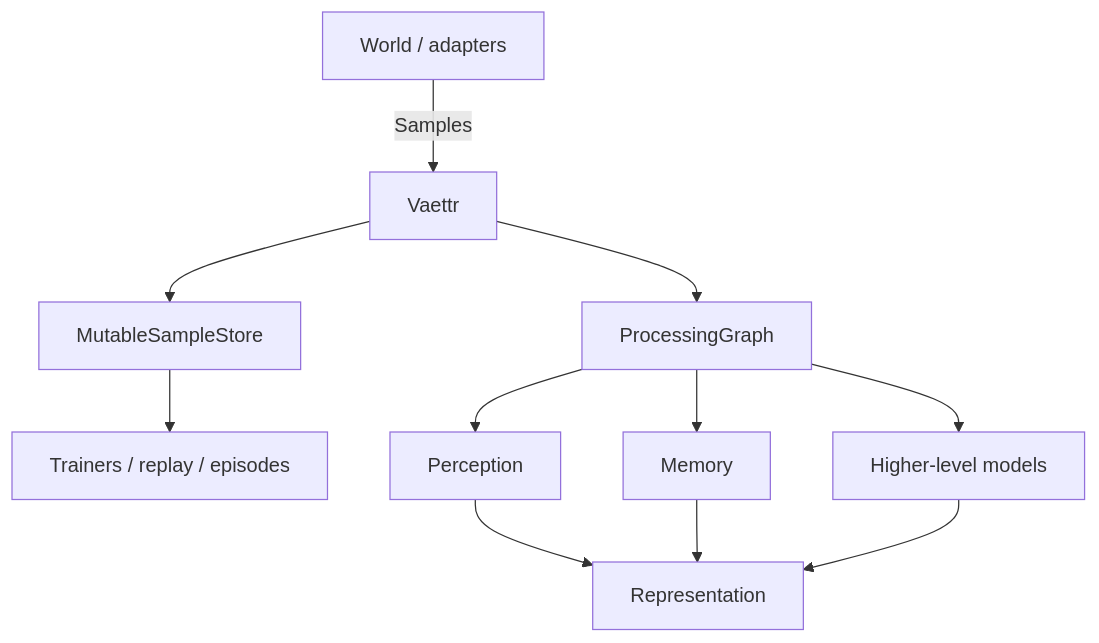
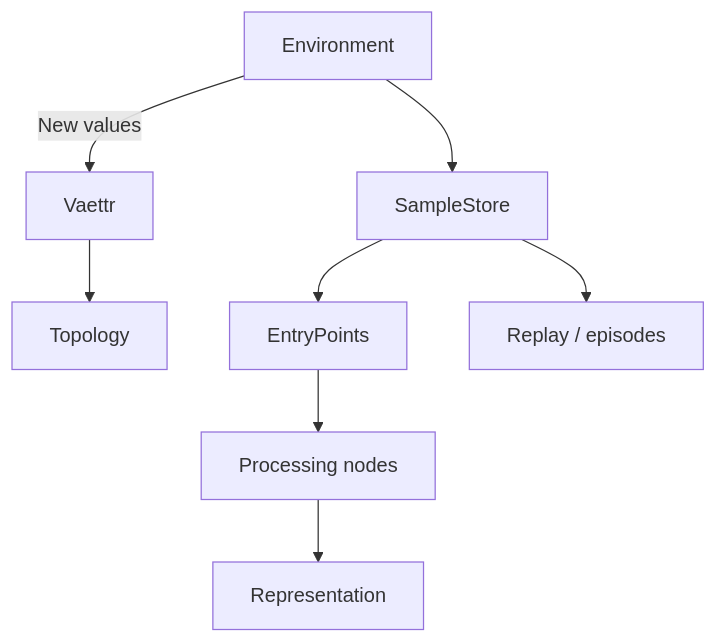
The first of 2 diagrams in docs/sensory-representation.md (skasti/skyn-vaettr), drawn with Mermaid before and after one commit. The commit also changed other lines of this file and 60 other files, not shown here.

````diff
--- a/docs/sensory-representation.md
+++ b/docs/sensory-representation.md
@@ -5,13 +7,10 @@
 ```mermaid
 flowchart TD
-    World[World / adapters] -->|Samples| Vaettr
-    Vaettr --> Store[MutableSampleStore]
-    Store --> Consumers[Trainers / replay / episodes]
-    Vaettr --> Graph[ProcessingGraph]
-    Graph --> Perception[Perception]
-    Graph --> Memory[Memory]
-    Graph --> Higher[Higher-level models]
-    Perception --> Representation[Representation]
-    Memory --> Representation
-    Higher --> Representation
+    ENV[Environment] -->|New values| Vaettr 
+    Vaettr --> Topology[Topology]
+    ENV --> Store[SampleStore]
+    Store --> EntryPoints[EntryPoints]
+    EntryPoints --> Nodes[Processing nodes]
+    Nodes --> Representation[Representation]
+    Store --> Consumers[Replay / episodes]
 ```
````
